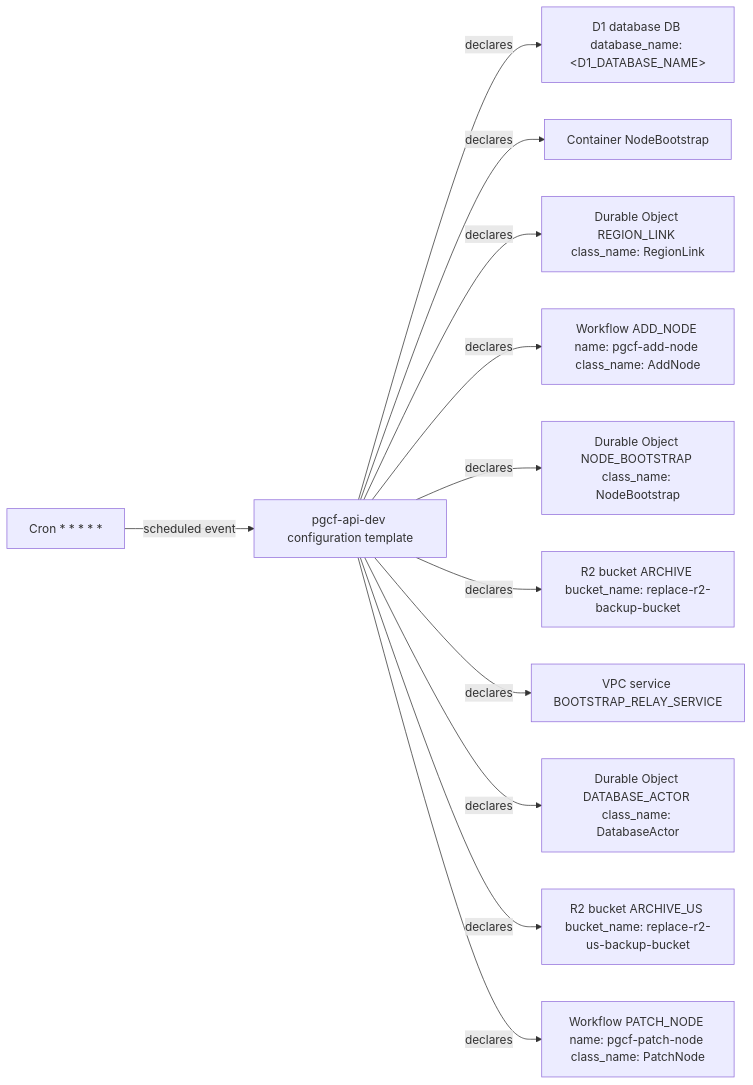
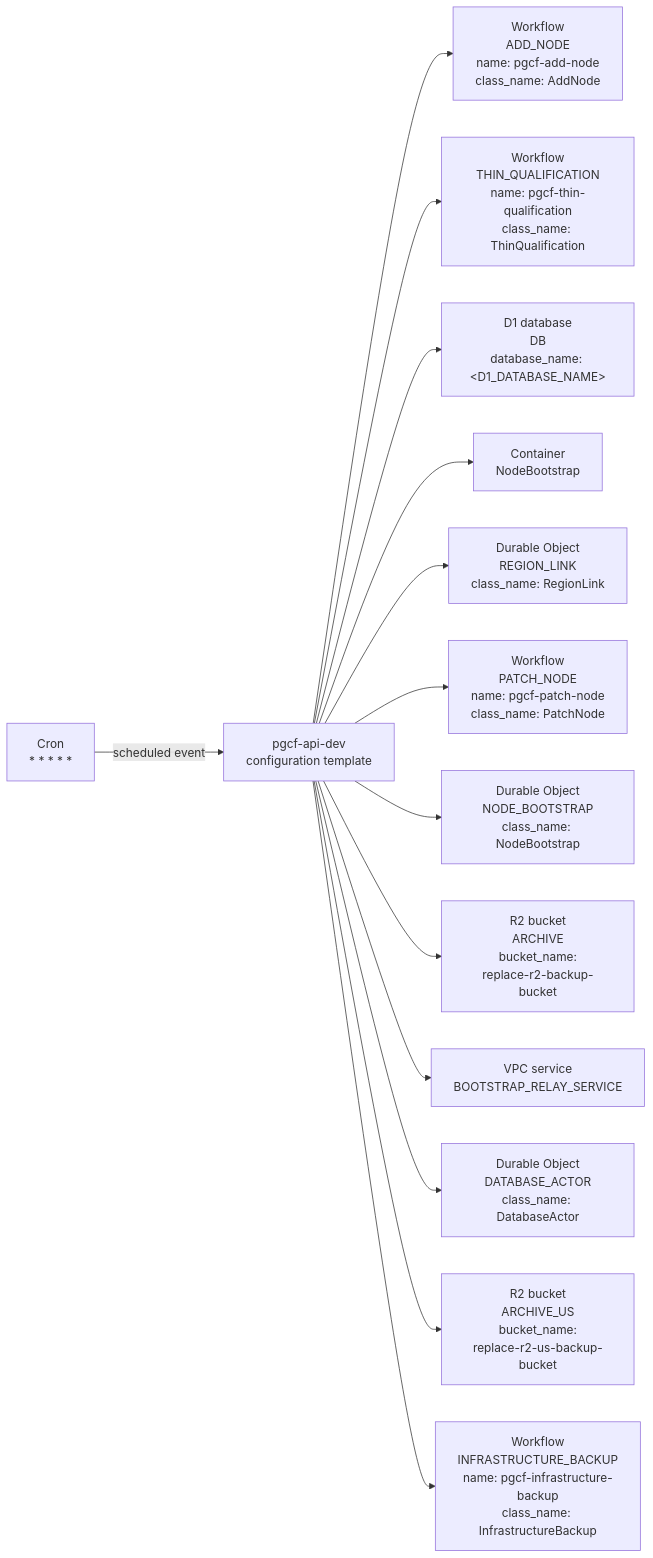
Before and after one commit to amerged-org/cloudflare-postgres: the diagram in docs/architecture/mermaider/api-resources.mmd, drawn with Mermaid. The commit also changed 15 other files, not shown here.

First line of the commit message:
docs: regenerate architecture diagrams with Mermaider 0.1.1

```diff
--- a/docs/architecture/mermaider/api-resources.mmd
+++ b/docs/architecture/mermaider/api-resources.mmd
@@ -1,24 +1,28 @@
 flowchart LR
-    n_839713e89618["Cron * * * * *"]
-    n_f305dbc12c79["D1 database DB database_name: #60;D1_DATABASE_NAME#62;"]
-    n_049ba2d64372["Workflow ADD_NODE name: pgcf-add-node class_name: AddNode"]
-    n_36ffcdc5f79f["Workflow PATCH_NODE name: pgcf-patch-node class_name: PatchNode"]
-    n_71083a5197e9["R2 bucket ARCHIVE bucket_name: replace-r2-backup-bucket"]
-    n_12eaf448c6b2["R2 bucket ARCHIVE_US bucket_name: replace-r2-us-backup-bucket"]
-    n_056b63fe76be["Durable Object DATABASE_ACTOR class_name: DatabaseActor"]
-    n_926733166afd["VPC service BOOTSTRAP_RELAY_SERVICE"]
-    n_c09d9079b0a9["Container NodeBootstrap"]
-    n_d0efe52f1f47["Durable Object NODE_BOOTSTRAP class_name: NodeBootstrap"]
-    n_7a30182df25a["pgcf-api-dev configuration template"]
-    n_260ca5b8b289["Durable Object REGION_LINK class_name: RegionLink"]
-    n_7a30182df25a -->|"declares"| n_f305dbc12c79
-    n_7a30182df25a -->|"declares"| n_c09d9079b0a9
-    n_7a30182df25a -->|"declares"| n_260ca5b8b289
+    n_839713e89618["Cron<br/>* * * * *"]
+    n_f305dbc12c79["D1 database<br/>DB<br/>database_name: #60;D1_DATABASE_NAME#62;"]
+    n_aa93ed8be291["Workflow<br/>THIN_QUALIFICATION<br/>name: pgcf-thin-qualification<br/>class_name: ThinQualification"]
+    n_049ba2d64372["Workflow<br/>PATCH_NODE<br/>name: pgcf-patch-node<br/>class_name: PatchNode"]
+    n_36ffcdc5f79f["Workflow<br/>INFRASTRUCTURE_BACKUP<br/>name: pgcf-infrastructure-backup<br/>class_name: InfrastructureBackup"]
+    n_0775d02dbb64["Workflow<br/>ADD_NODE<br/>name: pgcf-add-node<br/>class_name: AddNode"]
+    n_71083a5197e9["R2 bucket<br/>ARCHIVE<br/>bucket_name:<br/>replace-r2-backup-bucket"]
+    n_12eaf448c6b2["R2 bucket<br/>ARCHIVE_US<br/>bucket_name:<br/>replace-r2-us-backup-bucket"]
+    n_056b63fe76be["Durable Object<br/>DATABASE_ACTOR<br/>class_name: DatabaseActor"]
+    n_926733166afd["VPC service<br/>BOOTSTRAP_RELAY_SERVICE"]
+    n_c09d9079b0a9["Container<br/>NodeBootstrap"]
+    n_d0efe52f1f47["Durable Object<br/>NODE_BOOTSTRAP<br/>class_name: NodeBootstrap"]
+    n_7a30182df25a["pgcf-api-dev<br/>configuration template"]
+    n_260ca5b8b289["Durable Object<br/>REGION_LINK<br/>class_name: RegionLink"]
+    n_7a30182df25a --> n_0775d02dbb64
+    n_7a30182df25a --> n_aa93ed8be291
+    n_7a30182df25a --> n_f305dbc12c79
+    n_7a30182df25a --> n_c09d9079b0a9
+    n_7a30182df25a --> n_260ca5b8b289
     n_839713e89618 -->|"scheduled event"| n_7a30182df25a
-    n_7a30182df25a -->|"declares"| n_049ba2d64372
-    n_7a30182df25a -->|"declares"| n_d0efe52f1f47
-    n_7a30182df25a -->|"declares"| n_71083a5197e9
-    n_7a30182df25a -->|"declares"| n_926733166afd
-    n_7a30182df25a -->|"declares"| n_056b63fe76be
-    n_7a30182df25a -->|"declares"| n_12eaf448c6b2
-    n_7a30182df25a -->|"declares"| n_36ffcdc5f79f
+    n_7a30182df25a --> n_049ba2d64372
+    n_7a30182df25a --> n_d0efe52f1f47
+    n_7a30182df25a --> n_71083a5197e9
+    n_7a30182df25a --> n_926733166afd
+    n_7a30182df25a --> n_056b63fe76be
+    n_7a30182df25a --> n_12eaf448c6b2
+    n_7a30182df25a --> n_36ffcdc5f79f
```
